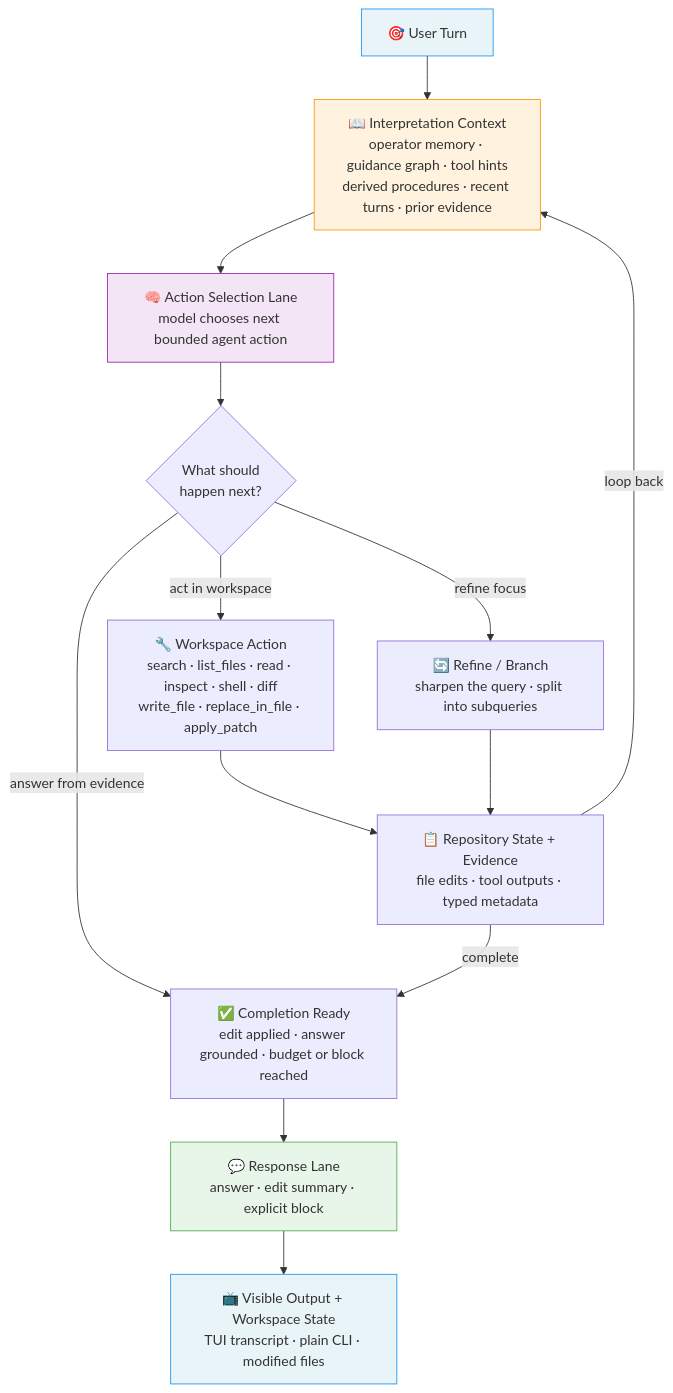
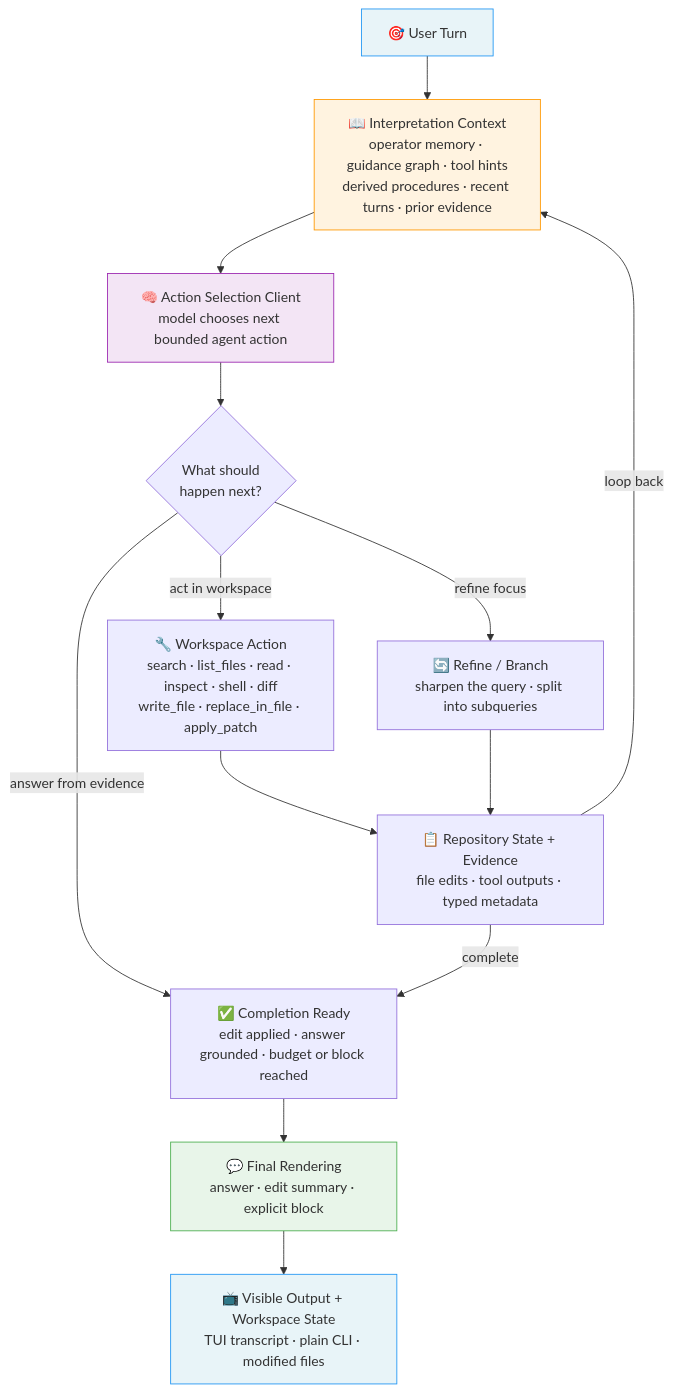
One commit to spoke-sh/paddles changed the first of 6 diagrams in README.md. Above: the diagram before and after it, drawn with Mermaid. The commit also changed other lines of this file and 39 other files, not shown here.

````diff
--- a/README.md
+++ b/README.md
@@ -30,27 +30,27 @@
 ```mermaid
 flowchart TD
     U["🎯 User Turn"]
     I["📖 Interpretation Context<br/>operator memory · guidance graph · tool hints<br/>derived procedures · recent turns · prior evidence"]
-    P["🧠 Action Selection Lane<br/>model chooses next bounded agent action"]
+    P["🧠 Action Selection Client<br/>model chooses next bounded agent action"]
     D{"What should<br/>happen next?"}
     W["🔧 Workspace Action<br/>search · list_files · read · inspect · shell · diff<br/>write_file · replace_in_file · apply_patch"]
     R["🔄 Refine / Branch<br/>sharpen the query · split into subqueries"]
     E["📋 Repository State + Evidence<br/>file edits · tool outputs · typed metadata"]
     T["✅ Completion Ready<br/>edit applied · answer grounded · budget or block reached"]
-    S["💬 Response Lane<br/>answer · edit summary · explicit block"]
+    S["💬 Final Rendering<br/>answer · edit summary · explicit block"]
     O["📺 Visible Output + Workspace State<br/>TUI transcript · plain CLI · modified files"]
 
     U --> I --> P --> D
     D -->|"answer from evidence"| T
     D -->|"act in workspace"| W --> E
     D -->|"refine focus"| R --> E
     E -->|"loop back"| I
     E -->|"complete"| T
     T --> S --> O
 
     style U fill:#e8f4f8,stroke:#2196F3
     style I fill:#fff3e0,stroke:#FF9800
     style P fill:#f3e5f5,stroke:#9C27B0
     style S fill:#e8f5e9,stroke:#4CAF50
     style O fill:#e8f4f8,stroke:#2196F3
 ```
````
